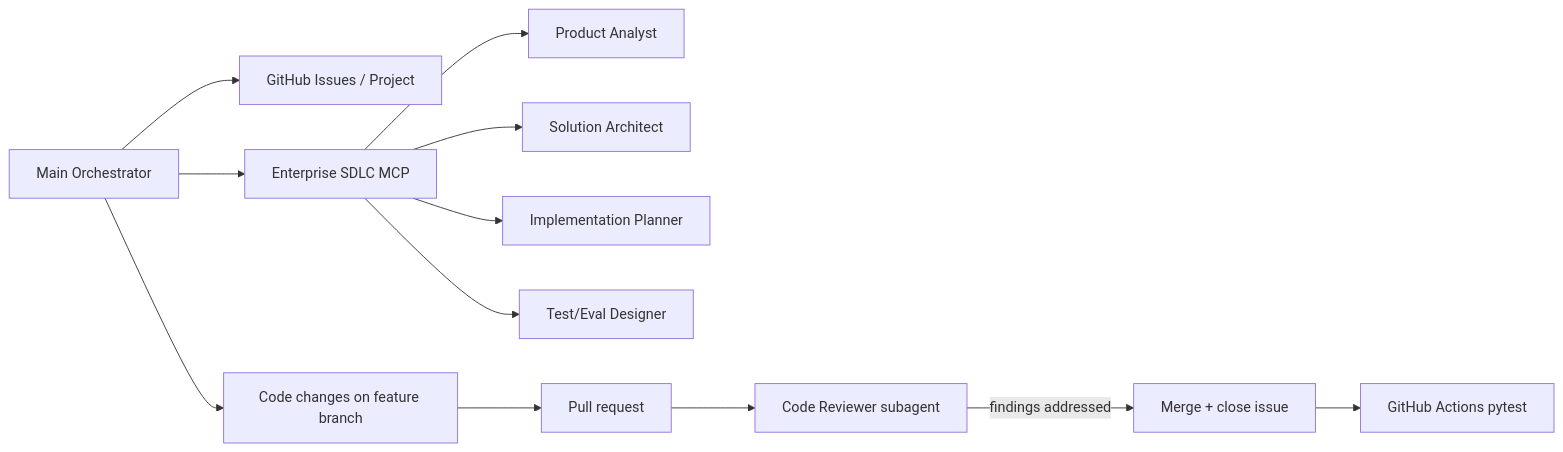
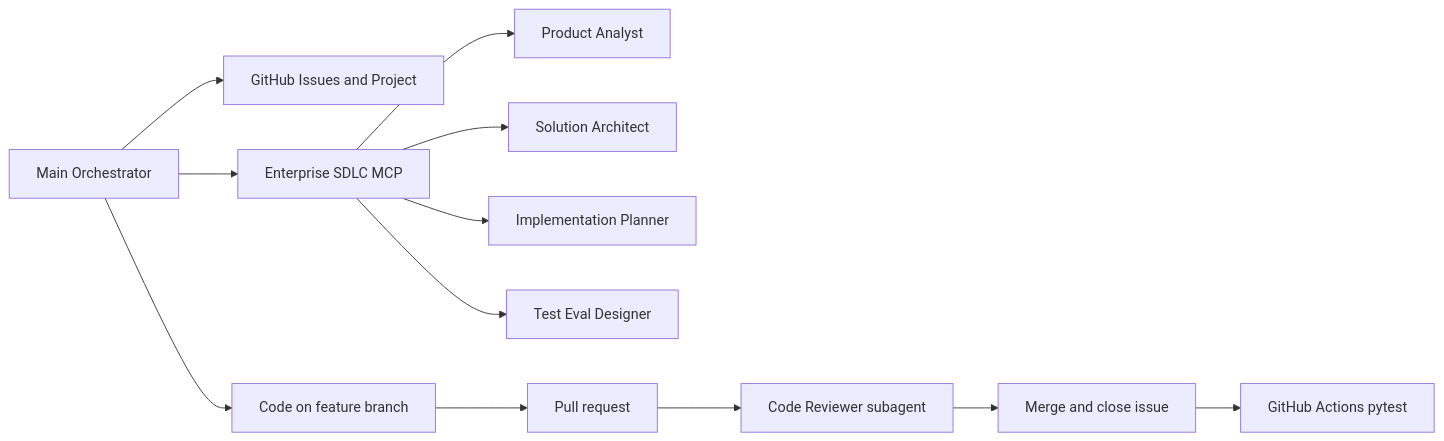
The diagram in docs/00_project/DELIVERY_RECORD.md (raghuram-chittibomma/support-ticket-triage-assistant), drawn with Mermaid before and after one commit. The commit also changed 1 other file, not shown here.

Commit message:
Fix Mermaid diagrams for GitHub renderer compatibility.

````diff
--- a/docs/00_project/DELIVERY_RECORD.md
+++ b/docs/00_project/DELIVERY_RECORD.md
@@ -49,14 +49,14 @@
 ```mermaid
 flowchart LR
-  MO[Main Orchestrator] --> GH[GitHub Issues / Project]
-  MO --> MCP[Enterprise SDLC MCP]
-  MCP --> PA[Product Analyst]
-  MCP --> SA[Solution Architect]
-  MCP --> IP[Implementation Planner]
-  MCP --> TED[Test/Eval Designer]
-  MO --> CODE[Code changes on feature branch]
-  CODE --> PR[Pull request]
-  PR --> CR[Code Reviewer subagent]
-  CR -->|findings addressed| MERGE[Merge + close issue]
-  MERGE --> CI[GitHub Actions pytest]
+  MO["Main Orchestrator"] --> GH["GitHub Issues and Project"]
+  MO --> MCP["Enterprise SDLC MCP"]
+  MCP --> PA["Product Analyst"]
+  MCP --> SA["Solution Architect"]
+  MCP --> IP["Implementation Planner"]
+  MCP --> TED["Test Eval Designer"]
+  MO --> CODE["Code on feature branch"]
+  CODE --> PR["Pull request"]
+  PR --> CR["Code Reviewer subagent"]
+  CR --> MERGE["Merge and close issue"]
+  MERGE --> CI["GitHub Actions pytest"]
 ```
````
